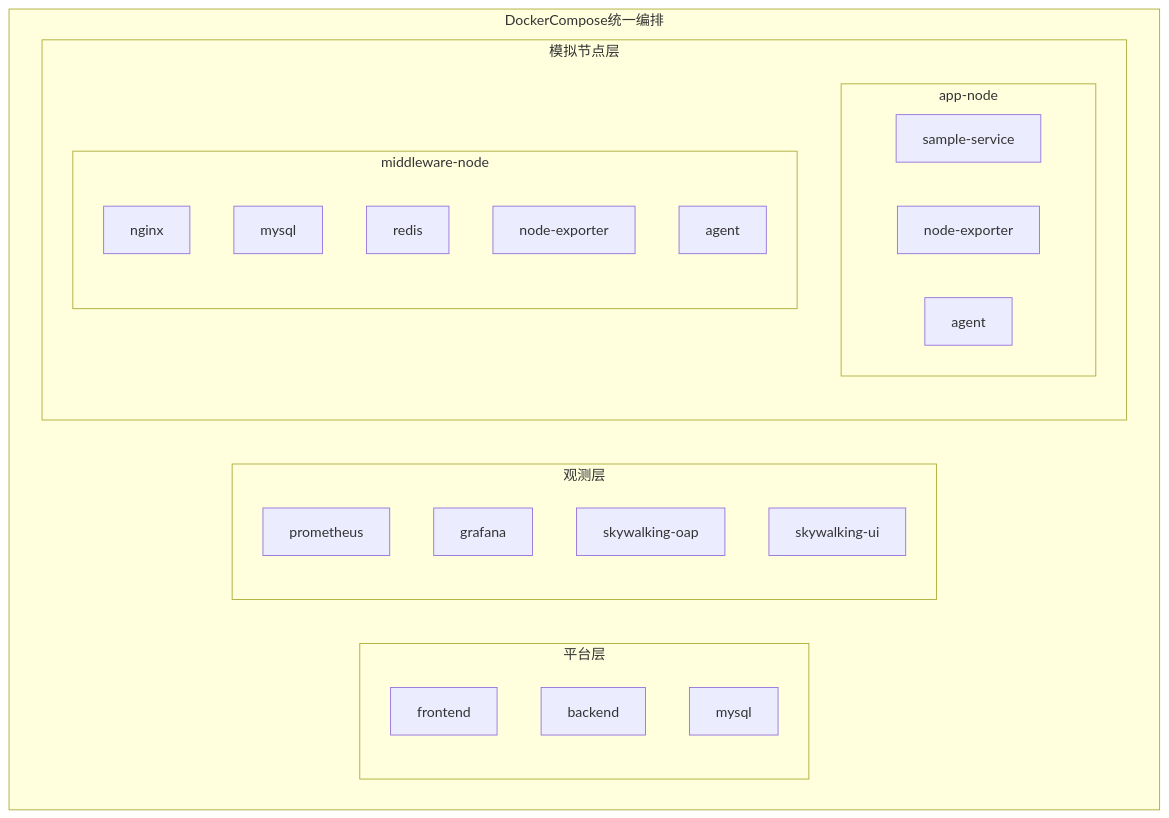
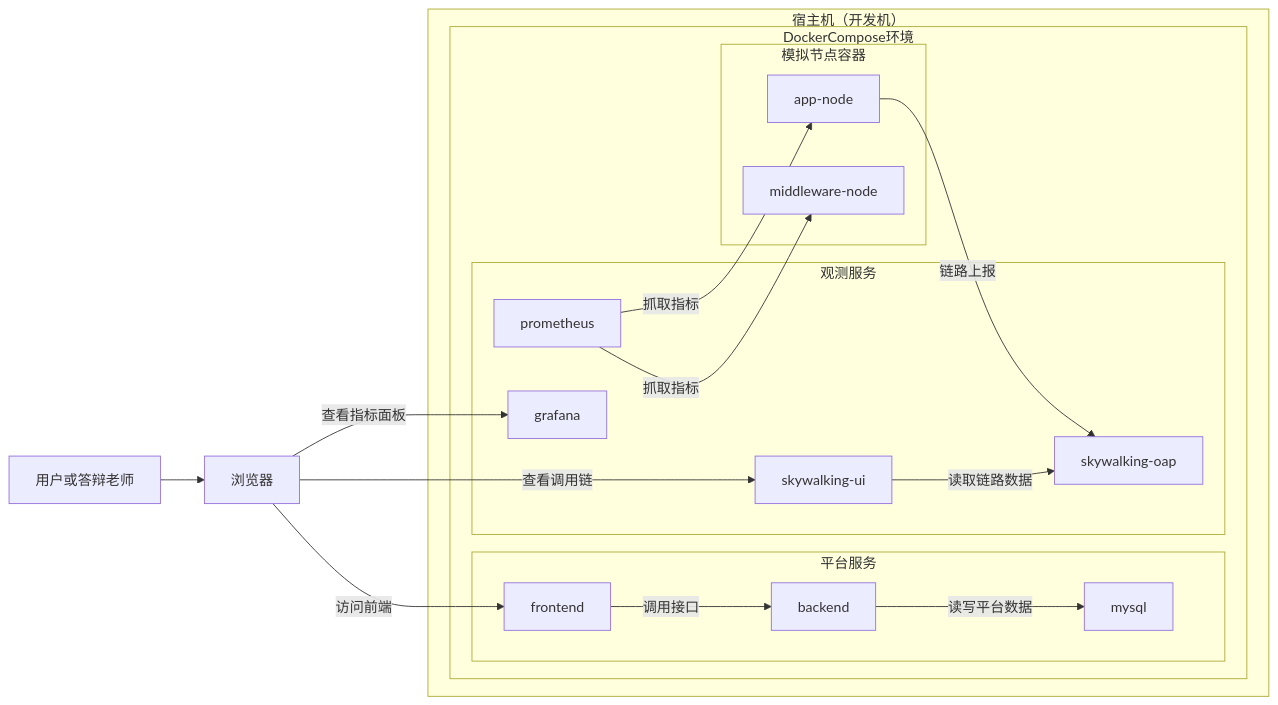
Before and after one commit to cmzbutqq/SWE-CourseDesign-Insider: the second of 2 diagrams in docs/课题二-初版实现说明.md, drawn with Mermaid. The commit also changed other lines of this file and 1 other file, not shown here.

First line of the commit message:
docs: add UX optimization notes and update diagrams

````diff
--- a/docs/课题二-初版实现说明.md
+++ b/docs/课题二-初版实现说明.md
@@ -105,33 +145,40 @@
 ```mermaid
-flowchart TB
-    subgraph composeStack[DockerCompose统一编排]
-        subgraph platformLayer[平台层]
-            frontend[frontend]
-            backend[backend]
-            platformMysql[mysql]
-        end
+flowchart LR
+    user[用户或答辩老师]
+    browser[浏览器]
 
-        subgraph observeLayer[观测层]
-            prometheus[prometheus]
-            grafana[grafana]
-            skywalkingOap[skywalking-oap]
-            skywalkingUi[skywalking-ui]
-        end
-
-        subgraph nodeLayer[模拟节点层]
-            subgraph appNode[app-node]
-                sampleService[sample-service]
-                appExporter[node-exporter]
-                appAgent[agent]
+    subgraph hostMachine[宿主机（开发机）]
+        subgraph composeStack[DockerCompose环境]
+            subgraph platformLayer[平台服务]
+                frontend[frontend]
+                backend[backend]
+                platformMysql[mysql]
             end
 
-            subgraph middlewareNode[middleware-node]
-                nginx[nginx]
-                middlewareMysql[mysql]
-                redis[redis]
-                middlewareExporter[node-exporter]
-                middlewareAgent[agent]
+            subgraph observeLayer[观测服务]
+                prometheus[prometheus]
+                grafana[grafana]
+                skywalkingOap[skywalking-oap]
+                skywalkingUi[skywalking-ui]
+            end
+
+            subgraph nodeLayer[模拟节点容器]
+                appNode[app-node]
+                middlewareNode[middleware-node]
             end
         end
     end
+
+    user --> browser
+    browser -->|访问前端| frontend
+    frontend -->|调用接口| backend
+    backend -->|读写平台数据| platformMysql
+
+    browser -->|查看指标面板| grafana
+    browser -->|查看调用链| skywalkingUi
+
+    prometheus -->|抓取指标| appNode
+    prometheus -->|抓取指标| middlewareNode
+    appNode -->|链路上报| skywalkingOap
+    skywalkingUi -->|读取链路数据| skywalkingOap
 ```
````
